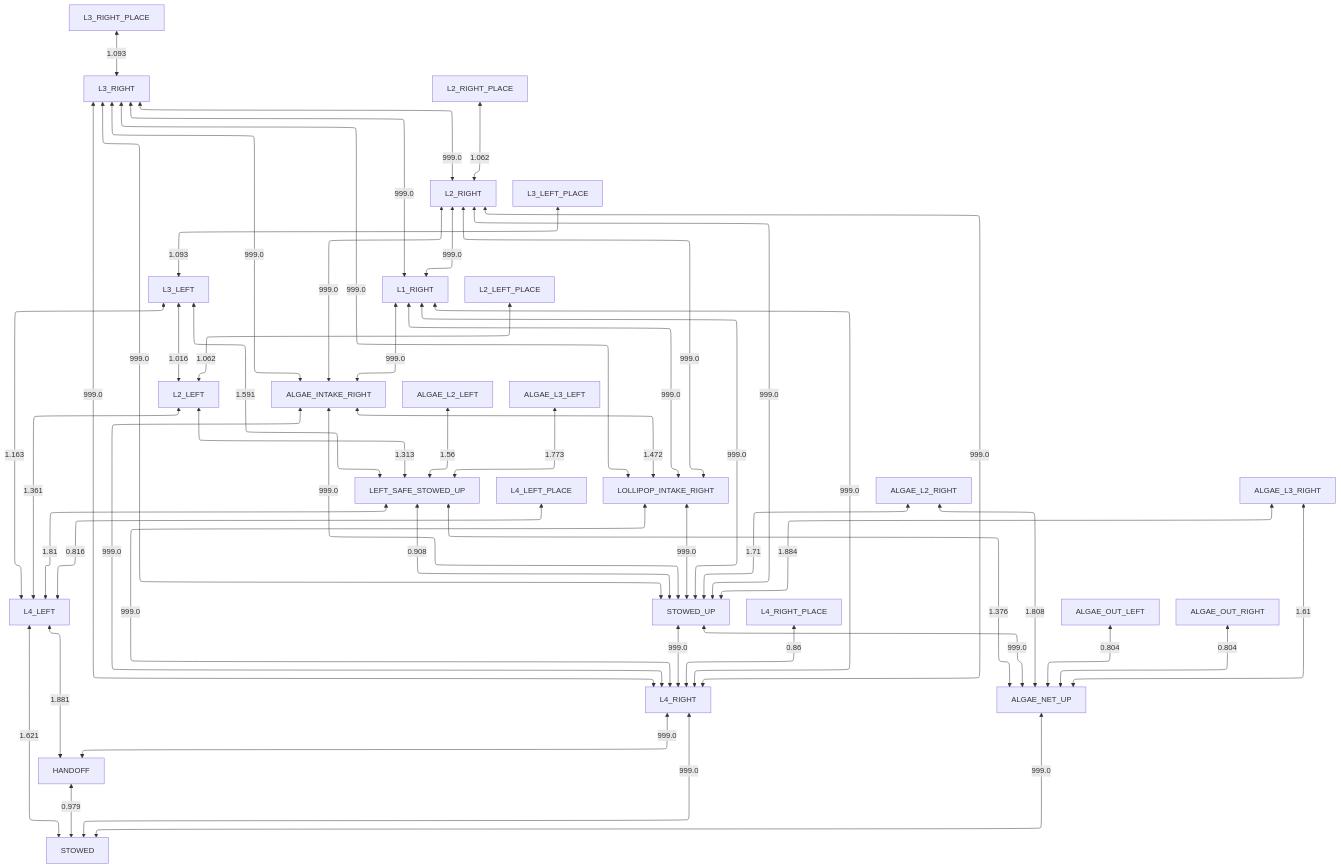
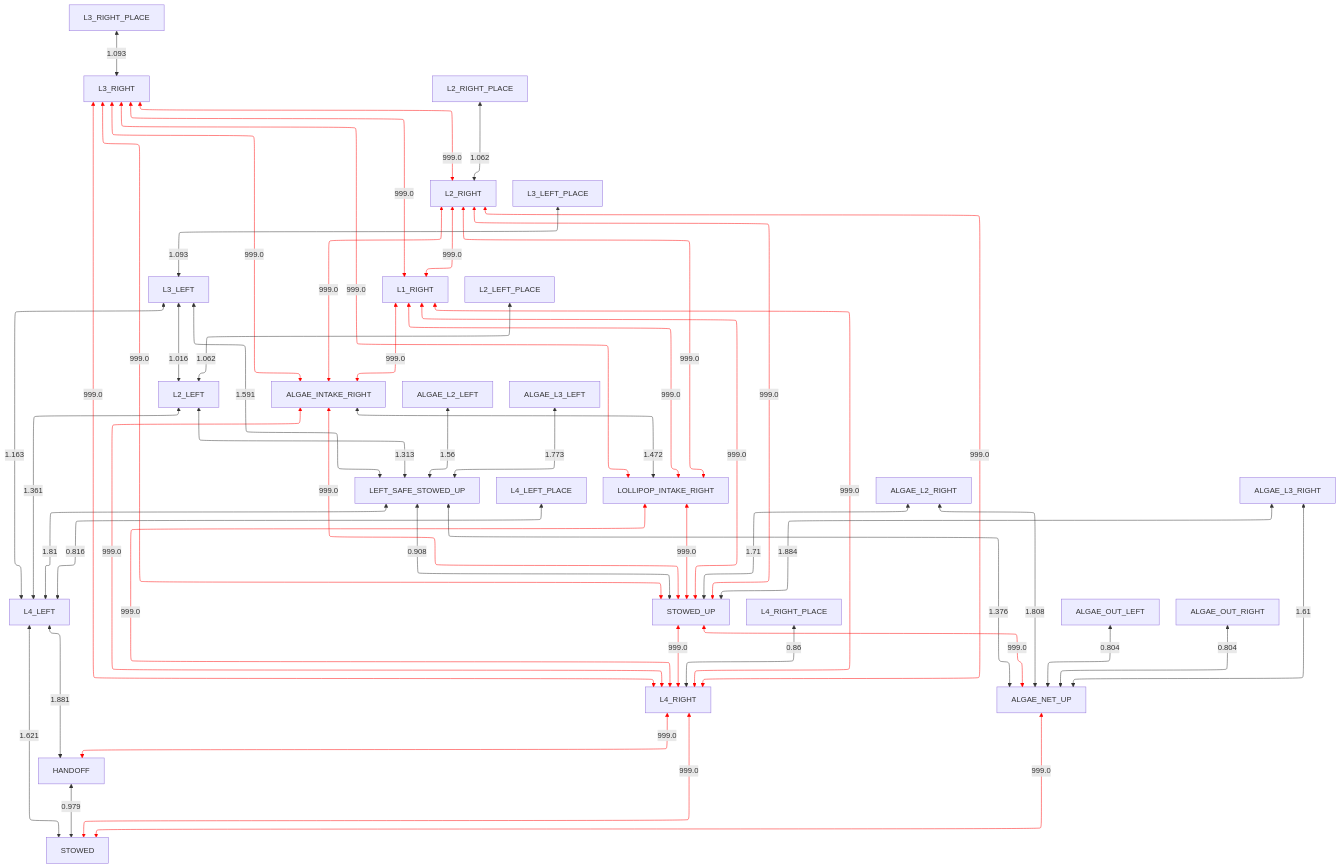
The diagram in docs/collision_avoidance/right_obstructed.md (team581/offseason-2025-comp), drawn with Mermaid before and after one commit. The commit also changed 2 other files, not shown here.

Commit message:
Render impossible collision avoidance graph edges as red

````diff
--- a/docs/collision_avoidance/right_obstructed.md
+++ b/docs/collision_avoidance/right_obstructed.md
@@ -3,55 +3,57 @@
 ```mermaid
 %%{ init: { "flowchart": { "defaultRenderer": "elk" } } }%%
 graph TD
 
 HANDOFF <-- 0.979 --> STOWED
 L4_LEFT <-- 1.621 --> STOWED
 L4_RIGHT <-- 999.0 --> STOWED
 ALGAE_NET_UP <-- 999.0 --> STOWED
 L4_LEFT <-- 1.881 --> HANDOFF
 L4_RIGHT <-- 999.0 --> HANDOFF
 LEFT_SAFE_STOWED_UP <-- 1.81 --> L4_LEFT
 L2_LEFT <-- 1.361 --> L4_LEFT
 L3_LEFT <-- 1.163 --> L4_LEFT
 L4_LEFT_PLACE <-- 0.816 --> L4_LEFT
 STOWED_UP <-- 999.0 --> L4_RIGHT
 ALGAE_INTAKE_RIGHT <-- 999.0 --> L4_RIGHT
 LOLLIPOP_INTAKE_RIGHT <-- 999.0 --> L4_RIGHT
 L1_RIGHT <-- 999.0 --> L4_RIGHT
 L2_RIGHT <-- 999.0 --> L4_RIGHT
 L3_RIGHT <-- 999.0 --> L4_RIGHT
 L4_RIGHT_PLACE <-- 0.86 --> L4_RIGHT
 LEFT_SAFE_STOWED_UP <-- 1.376 --> ALGAE_NET_UP
 STOWED_UP <-- 999.0 --> ALGAE_NET_UP
 ALGAE_OUT_LEFT <-- 0.804 --> ALGAE_NET_UP
 ALGAE_OUT_RIGHT <-- 0.804 --> ALGAE_NET_UP
 ALGAE_L2_RIGHT <-- 1.808 --> ALGAE_NET_UP
 ALGAE_L3_RIGHT <-- 1.61 --> ALGAE_NET_UP
 LEFT_SAFE_STOWED_UP <-- 0.908 --> STOWED_UP
 LOLLIPOP_INTAKE_RIGHT <-- 999.0 --> STOWED_UP
 ALGAE_INTAKE_RIGHT <-- 999.0 --> STOWED_UP
 L1_RIGHT <-- 999.0 --> STOWED_UP
 L2_RIGHT <-- 999.0 --> STOWED_UP
 L3_RIGHT <-- 999.0 --> STOWED_UP
 ALGAE_L2_RIGHT <-- 1.71 --> STOWED_UP
 ALGAE_L3_RIGHT <-- 1.884 --> STOWED_UP
 L2_LEFT <-- 1.313 --> LEFT_SAFE_STOWED_UP
 L3_LEFT <-- 1.591 --> LEFT_SAFE_STOWED_UP
 ALGAE_L2_LEFT <-- 1.56 --> LEFT_SAFE_STOWED_UP
 ALGAE_L3_LEFT <-- 1.773 --> LEFT_SAFE_STOWED_UP
 ALGAE_INTAKE_RIGHT <-- 1.472 --> LOLLIPOP_INTAKE_RIGHT
 L1_RIGHT <-- 999.0 --> LOLLIPOP_INTAKE_RIGHT
 L2_RIGHT <-- 999.0 --> LOLLIPOP_INTAKE_RIGHT
 L3_RIGHT <-- 999.0 --> LOLLIPOP_INTAKE_RIGHT
 L1_RIGHT <-- 999.0 --> ALGAE_INTAKE_RIGHT
 L2_RIGHT <-- 999.0 --> ALGAE_INTAKE_RIGHT
 L3_RIGHT <-- 999.0 --> ALGAE_INTAKE_RIGHT
 L3_LEFT <-- 1.016 --> L2_LEFT
 L2_LEFT_PLACE <-- 1.062 --> L2_LEFT
 L3_LEFT_PLACE <-- 1.093 --> L3_LEFT
 L2_RIGHT <-- 999.0 --> L1_RIGHT
 L3_RIGHT <-- 999.0 --> L1_RIGHT
 L3_RIGHT <-- 999.0 --> L2_RIGHT
 L2_RIGHT_PLACE <-- 1.062 --> L2_RIGHT
 L3_RIGHT_PLACE <-- 1.093 --> L3_RIGHT
+
+linkStyle 2,3,5,10,11,12,13,14,15,18,24,25,26,27,28,36,37,38,39,40,41,45,46,47 stroke:red;
 ```
````
